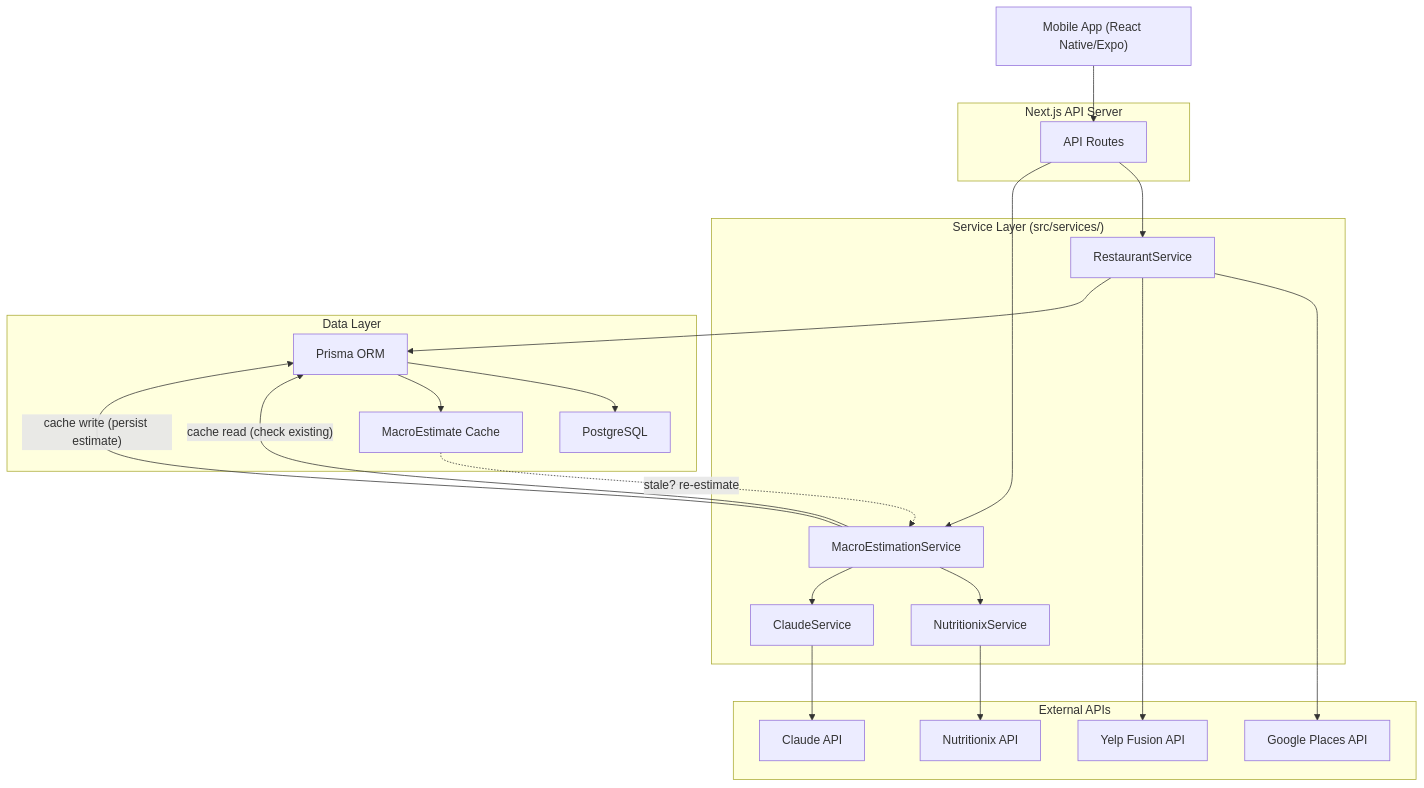
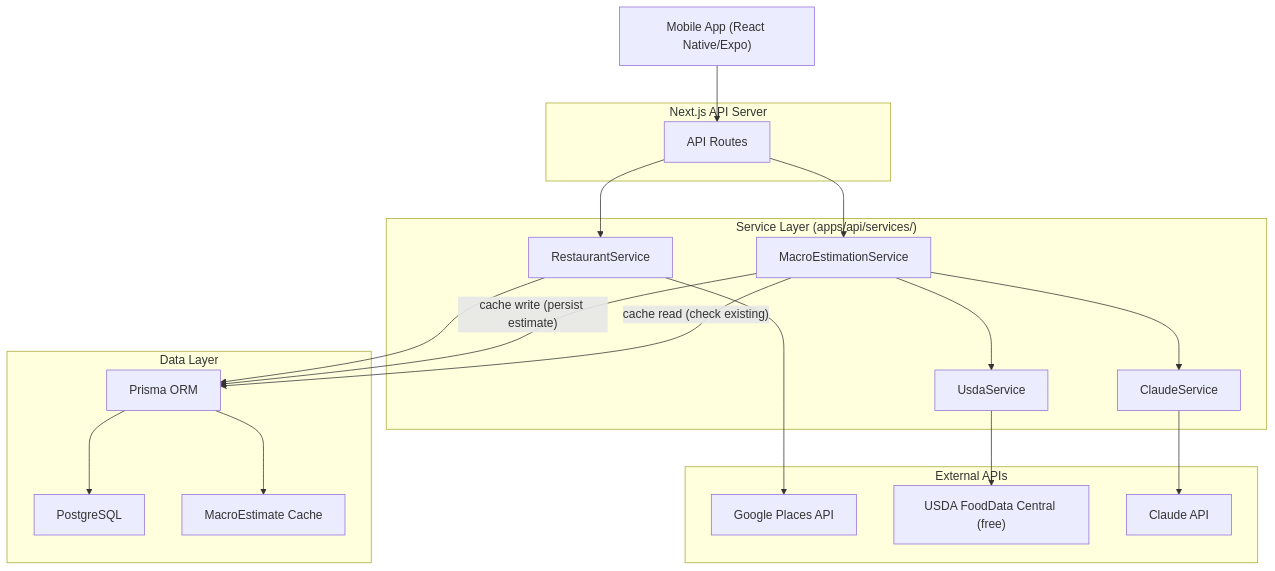
One commit to dgmolla/fitsy changed the first of 3 diagrams in docs/engineering/backend/system-design.md. Above: the diagram before and after it, drawn with Mermaid. The commit also changed other lines of this file and 3 other files, not shown here.

First line of the commit message:
Simplify to 2-tier pipeline, replace Nutritionix with USDA

````diff
--- a/docs/engineering/backend/system-design.md
+++ b/docs/engineering/backend/system-design.md
@@ -16,48 +16,44 @@
 ```mermaid
 graph TD
     Client["Mobile App (React Native/Expo)"]
 
     subgraph "Next.js API Server"
         API["API Routes"]
     end
 
-    subgraph "Service Layer (src/services/)"
+    subgraph "Service Layer (apps/api/services/)"
         RS["RestaurantService"]
         MS["MacroEstimationService"]
-        NS["NutritionixService"]
+        US["UsdaService"]
         CS["ClaudeService"]
     end
 
     subgraph "External APIs"
         GP["Google Places API"]
-        NX["Nutritionix API"]
+        USDA["USDA FoodData Central (free)"]
         CL["Claude API"]
-        YP["Yelp Fusion API"]
     end
 
     subgraph "Data Layer"
         Prisma["Prisma ORM"]
         PG["PostgreSQL"]
         MC["MacroEstimate Cache"]
     end
 
     Client --> API
     API --> RS
     API --> MS
 
     RS --> GP
-    RS --> YP
-    MS --> NS
+    MS --> US
     MS --> CS
 
-    NS --> NX
+    US --> USDA
     CS --> CL
 
     MS -- "cache read (check existing)" --> Prisma
     MS -- "cache write (persist estimate)" --> Prisma
     RS --> Prisma
     Prisma --> PG
     Prisma --> MC
-
-    MC -. "stale? re-estimate" .-> MS
 ```
````
